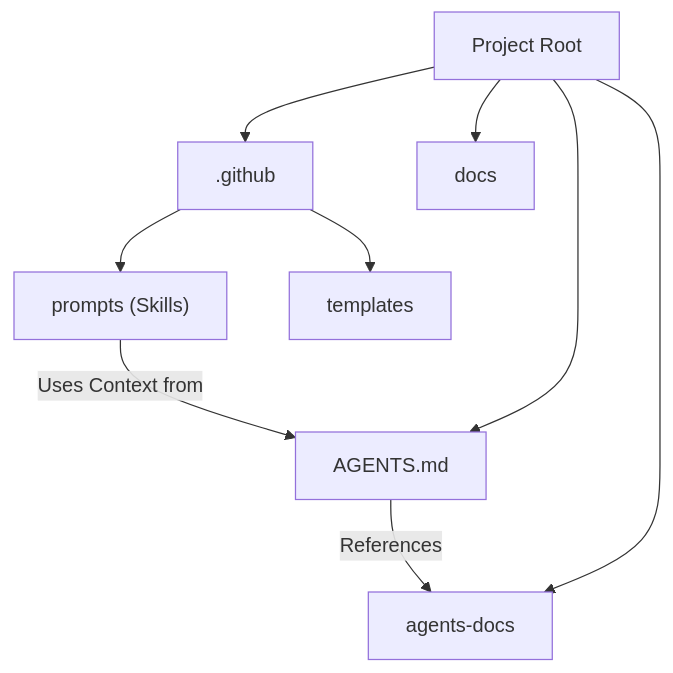
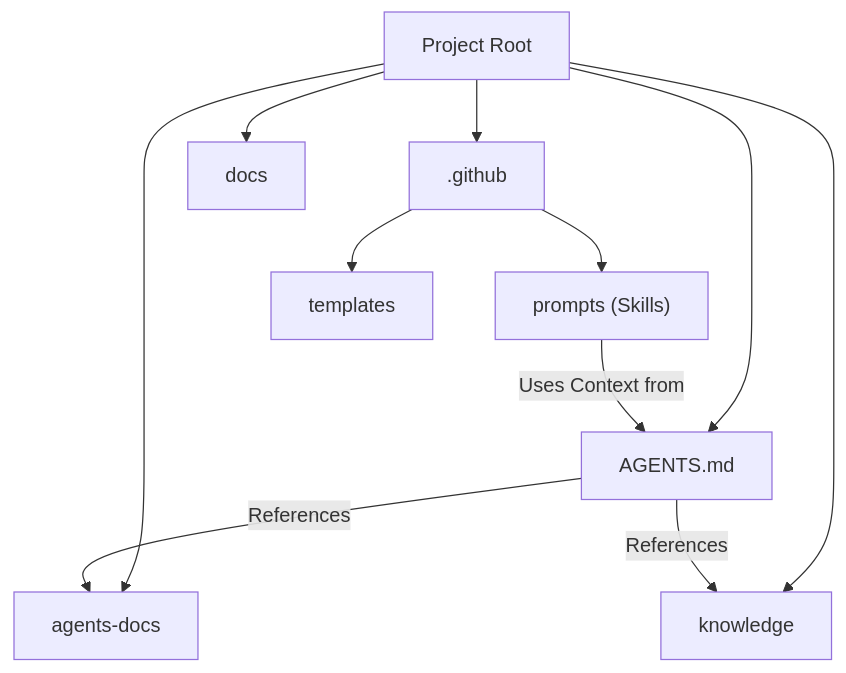
Before and after one commit to LongbowXXX/terraformer: the diagram in agents-docs/directory-structure.md, drawn with Mermaid. The commit also changed other lines of this file, not shown here.

````diff
--- a/agents-docs/directory-structure.md
+++ b/agents-docs/directory-structure.md
@@ -42,13 +50,15 @@
 ```mermaid
 graph TD
     Root[Project Root] --> Github[".github"]
     Root --> AgentsDocs[agents-docs]
+    Root --> Knowledge[knowledge]
     Root --> Docs[docs]
     Root --> AgentsMD[AGENTS.md]
 
     Github --> Prompts["prompts (Skills)"]
     Github --> Templates[templates]
 
     AgentsMD -->|References| AgentsDocs
+    AgentsMD -->|References| Knowledge
     Prompts -->|Uses Context from| AgentsMD
 ```
````
